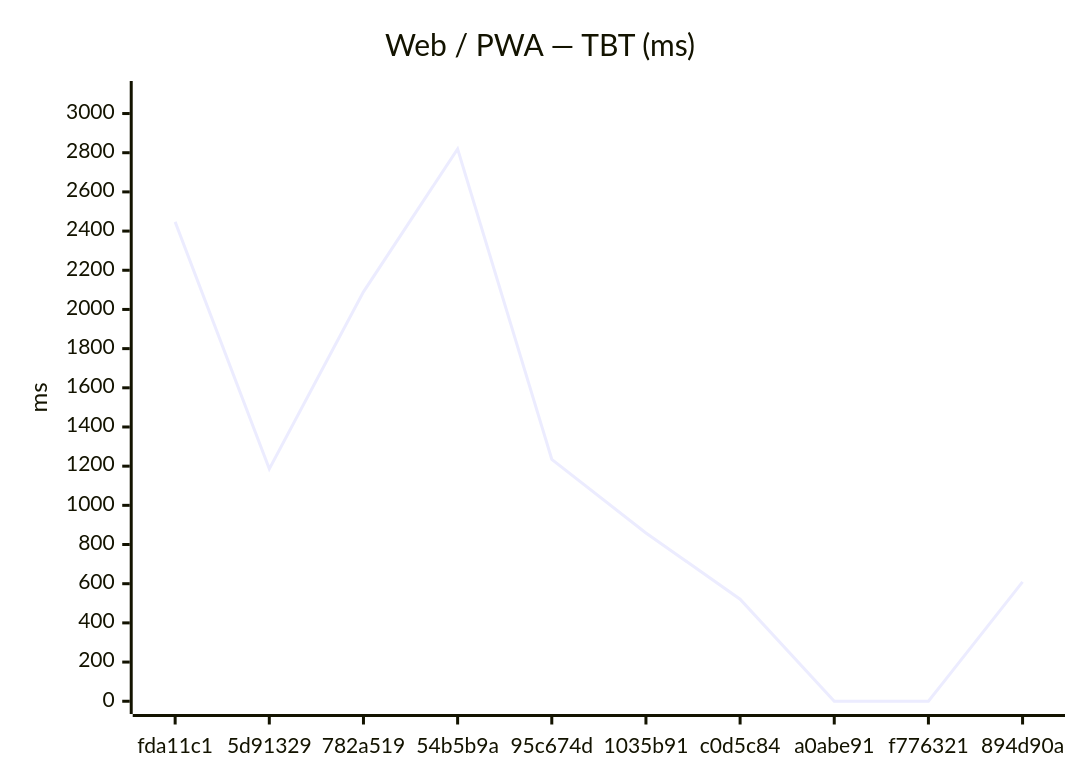
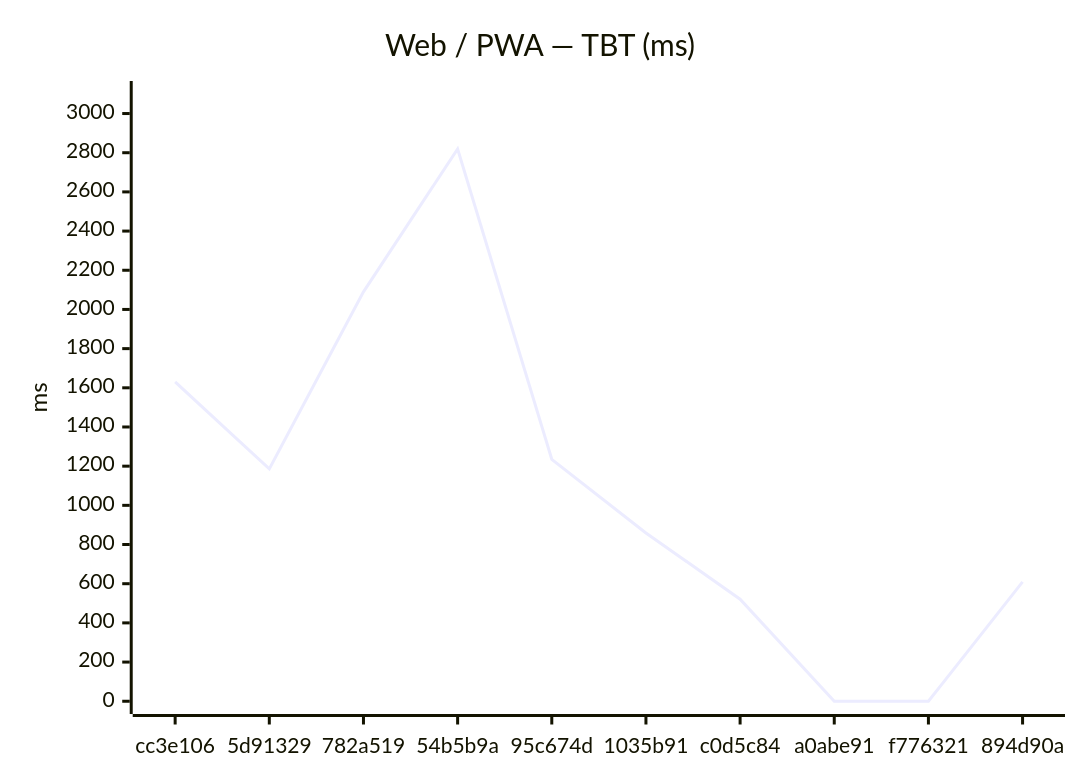
Before and after one commit to Metaheurist/Rianell: the second of 18 diagrams in benchmarks/compare.md, drawn with Mermaid. The commit also changed other lines of this file and 11 other files, not shown here.

````diff
--- a/benchmarks/compare.md
+++ b/benchmarks/compare.md
@@ -31,7 +31,7 @@
 ```mermaid
 xychart-beta
     title "Web / PWA — TBT (ms)"
-    x-axis ["fda11c1", "5d91329", "782a519", "54b5b9a", "95c674d", "1035b91", "c0d5c84", "a0abe91", "f776321", "894d90a"]
+    x-axis ["cc3e106", "5d91329", "782a519", "54b5b9a", "95c674d", "1035b91", "c0d5c84", "a0abe91", "f776321", "894d90a"]
     y-axis "ms" 0 --> 3101
-    line [2447, 1186, 2090, 2819, 1235, 859, 521, 0, 0, 609]
+    line [1630, 1186, 2090, 2819, 1235, 859, 521, 0, 0, 609]
 ```
````
